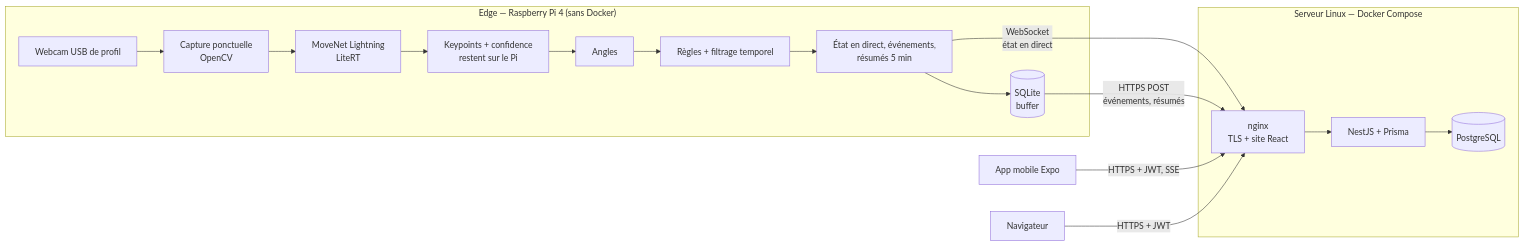
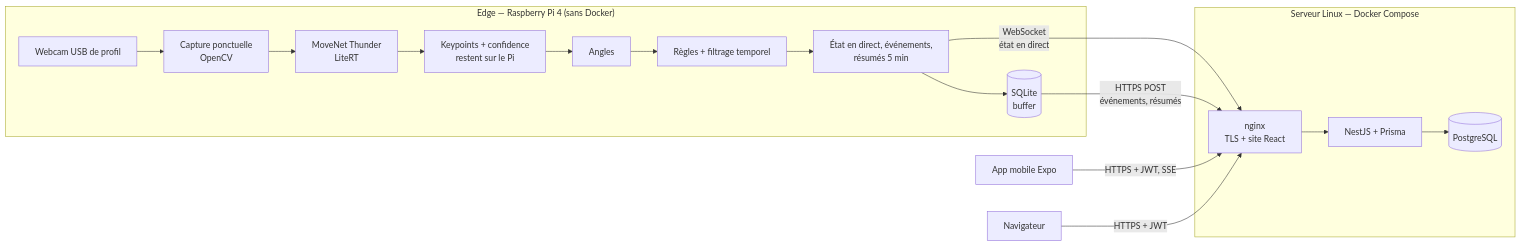
The first of 6 diagrams in edge/docs/Audit_technique_final_Fil_Rouge_Master_UHA_4_0_v3.md (JUC0AG0G0/dos-d-ane), drawn with Mermaid before and after one commit. The commit also changed other lines of this file and 5 other files, not shown here.

````diff
--- a/edge/docs/Audit_technique_final_Fil_Rouge_Master_UHA_4_0_v3.md
+++ b/edge/docs/Audit_technique_final_Fil_Rouge_Master_UHA_4_0_v3.md
@@ -136,20 +142,20 @@
 ```mermaid
 flowchart LR
     subgraph EDGE["Edge — Raspberry Pi 4 (sans Docker)"]
         C[Webcam USB de profil] --> CAP[Capture ponctuelle<br/>OpenCV]
-        CAP --> P[MoveNet Lightning<br/>LiteRT]
+        CAP --> P[MoveNet Thunder<br/>LiteRT]
         P --> K[Keypoints + confidence<br/>restent sur le Pi]
         K --> N[Angles]
         N --> R[Règles + filtrage temporel]
         R --> EV[État en direct, événements,<br/>résumés 5 min]
         EV --> BUF[(SQLite<br/>buffer)]
     end
     subgraph SRV["Serveur Linux — Docker Compose"]
         NG[nginx<br/>TLS + site React] --> B[NestJS + Prisma]
         B --> DB[(PostgreSQL)]
     end
     EV -->|WebSocket<br/>état en direct| NG
     BUF -->|HTTPS POST<br/>événements, résumés| NG
     M[App mobile Expo] -->|HTTPS + JWT, SSE| NG
     W[Navigateur] -->|HTTPS + JWT| NG
 ```
````
